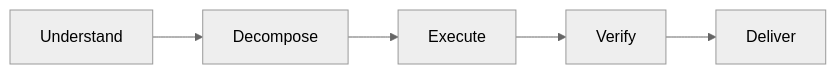
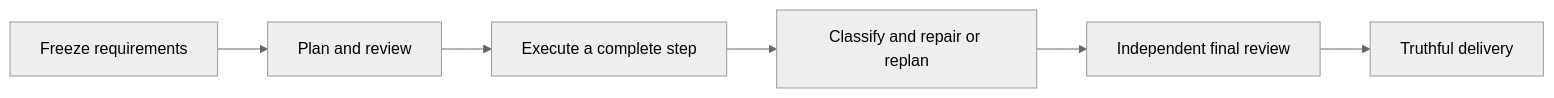
The fourth of 13 diagrams in packages/docs/src/content/docs/docs/reference/workflow-templates.mdx (moira-mcp/moira), drawn with Mermaid (neutral theme) before and after one commit. The commit also changed other lines of this file and 12 other files, not shown here.

````diff
--- a/packages/docs/src/content/docs/docs/reference/workflow-templates.mdx
+++ b/packages/docs/src/content/docs/docs/reference/workflow-templates.mdx
@@ -117,4 +117,4 @@
 ```mermaid
 flowchart LR
-    A[Understand] --> B[Decompose] --> C[Execute] --> D[Verify] --> E[Deliver]
+    A[Freeze requirements] --> B[Plan and review] --> C[Execute a complete step] --> D[Classify and repair or replan] --> E[Independent final review] --> F[Truthful delivery]
 ```
````
